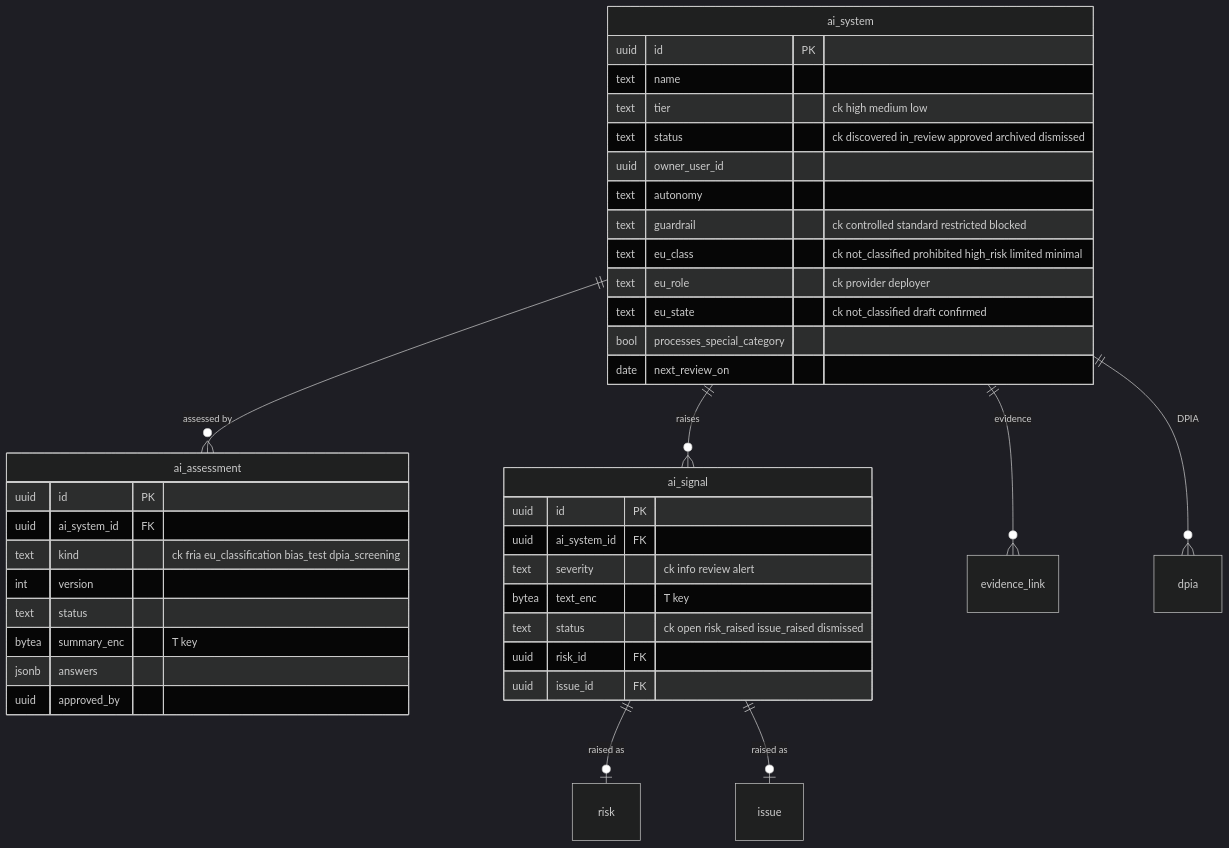
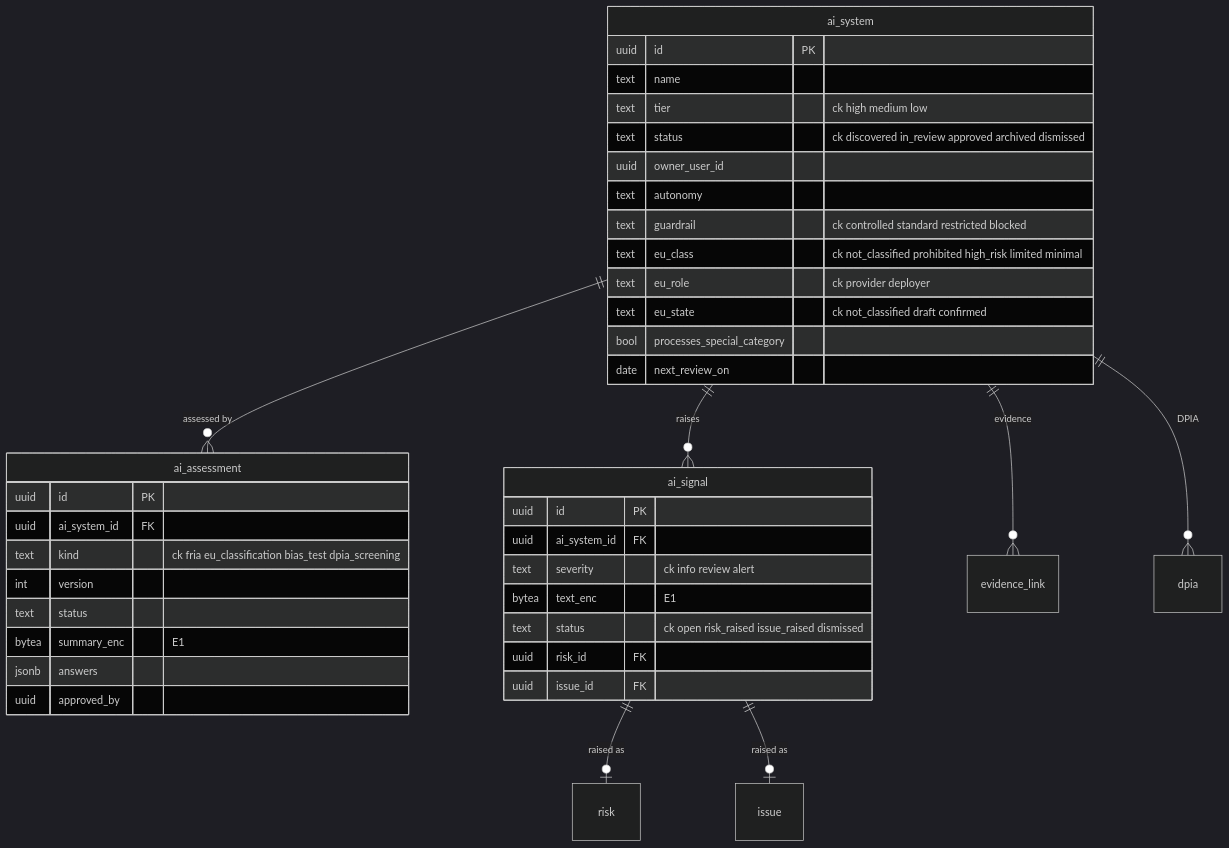
Before and after one commit to ShahidCS/Selvara: diagram 13 of 27 in docs/architecture/backend-v2/phase2/2B-data-model.md, drawn with Mermaid (dark theme). The commit also changed other lines of this file and 8 other files, not shown here.

First line of the commit message:
docs(backend-v2): phase 3 revisions in progress (architecture, data model, registers)

````diff
--- a/docs/architecture/backend-v2/phase2/2B-data-model.md
+++ b/docs/architecture/backend-v2/phase2/2B-data-model.md
@@ -1216,42 +1219,42 @@
 ```mermaid
 erDiagram
   ai_system ||--o{ ai_assessment : "assessed by"
   ai_system ||--o{ ai_signal : raises
   ai_signal ||--o| risk : "raised as"
   ai_signal ||--o| issue : "raised as"
   ai_system ||--o{ evidence_link : "evidence"
   ai_system ||--o{ dpia : "DPIA"
   ai_system {
     uuid id PK
     text name
     text tier "ck high medium low"
     text status "ck discovered in_review approved archived dismissed"
     uuid owner_user_id
     text autonomy
     text guardrail "ck controlled standard restricted blocked"
     text eu_class "ck not_classified prohibited high_risk limited minimal"
     text eu_role "ck provider deployer"
     text eu_state "ck not_classified draft confirmed"
     bool processes_special_category
     date next_review_on
   }
   ai_assessment {
     uuid id PK
     uuid ai_system_id FK
     text kind "ck fria eu_classification bias_test dpia_screening"
     int version
     text status
-    bytea summary_enc "T key"
+    bytea summary_enc "E1"
     jsonb answers
     uuid approved_by
   }
   ai_signal {
     uuid id PK
     uuid ai_system_id FK
     text severity "ck info review alert"
-    bytea text_enc "T key"
+    bytea text_enc "E1"
     text status "ck open risk_raised issue_raised dismissed"
     uuid risk_id FK
     uuid issue_id FK
   }
 ```
````
